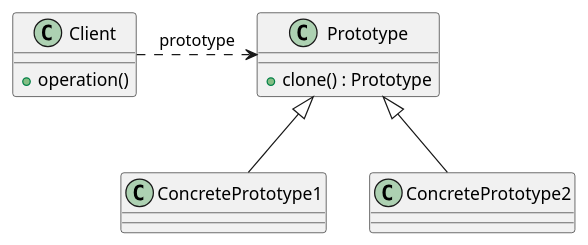
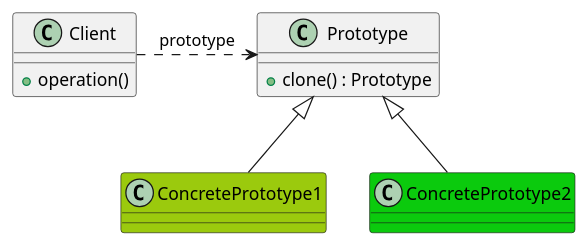
One commit to jandry/design-pattern changed the diagram in src/uml/PrototypeGenerique.puml. Above: the diagram before and after it, drawn with PlantUML.

```diff
--- a/src/uml/PrototypeGenerique.puml
+++ b/src/uml/PrototypeGenerique.puml
@@ -1,16 +1,19 @@
 @startuml Prototype
 
 class Prototype {
     + clone() : Prototype
 }
 
 class Client {
     + operation()
 }
 
+class ConcretePrototype1 #9bca0d
+
+class ConcretePrototype2 #0bca0d
 
 Client .r.> Prototype : prototype
-Prototype <|-- ConcretePrototype1
+Prototype <|-- ConcretePrototype1 
 Prototype <|-- ConcretePrototype2
 
 @enduml
```
